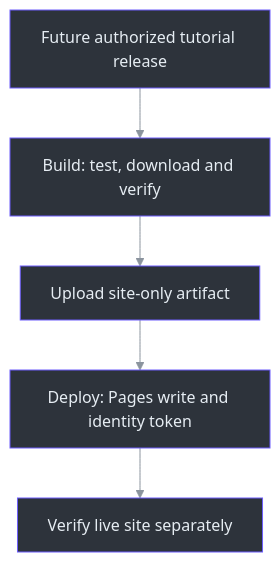
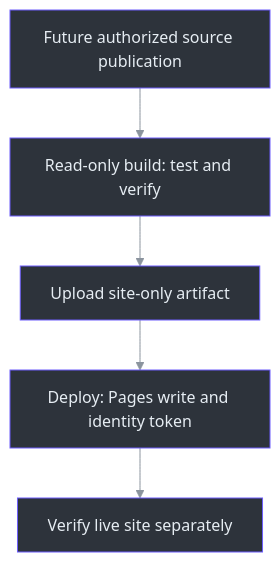
One commit to Zanark/phantom-fudge changed the diagram in docs/handbook/assets/diagrams/website-02.mmd. Above: the diagram before and after it, drawn with Mermaid. The commit also changed 54 other files, not shown here.

```diff
--- a/docs/handbook/assets/diagrams/website-02.mmd
+++ b/docs/handbook/assets/diagrams/website-02.mmd
@@ -1,12 +1,12 @@
 ---
 config: {"theme":"base","themeVariables":{"primaryColor":"#2d333b","primaryBorderColor":"#6d5dfc","primaryTextColor":"#e6edf3","lineColor":"#8b949e","textColor":"#e6edf3"}}
 ---
 flowchart TB
     accTitle: Pending GitHub Pages publication
-    accDescr: Publication remains pending; a future authorized maintainer supplies a separate media release before the read-only build and dependent Pages deployment can run.
-    A["Future authorized tutorial release"] --> B["Build: test, download and verify"]
+    accDescr: Publication remains pending; a future authorized source publication enables a read-only build of bundled media and a separate Pages-write deployment.
+    A["Future authorized source publication"] --> B["Read-only build: test and verify"]
     B --> C["Upload site-only artifact"]
     C --> D["Deploy: Pages write and identity token"]
     D --> E["Verify live site separately"]
     classDef stage fill:#2d333b,stroke:#6d5dfc,color:#e6edf3
     class A,B,C,D,E stage
```
